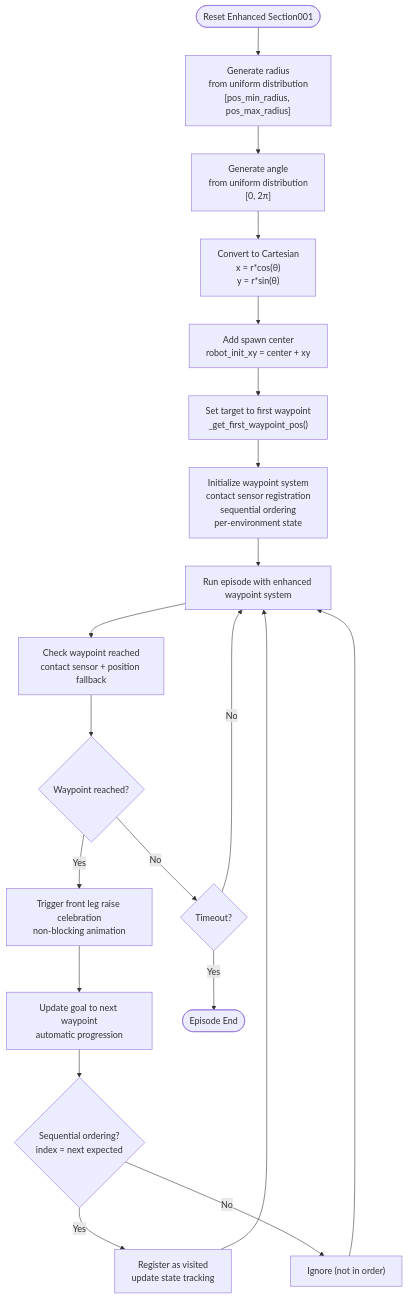
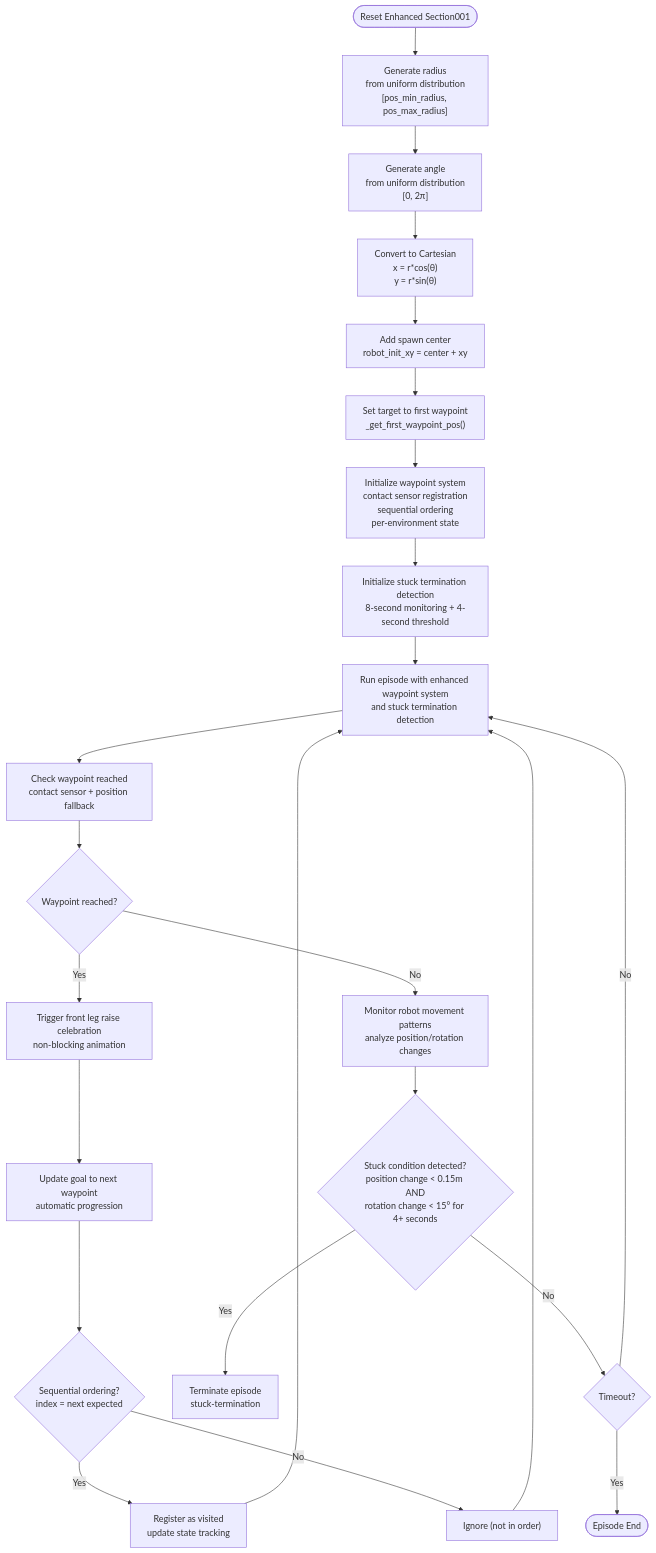
The third of 12 diagrams in .qoder/repowiki/en/content/Navigation Environments/VBot Navigation/Track Sections.md (jayjayhust/MotrixLab), drawn with Mermaid before and after one commit. The commit also changed other lines of this file and 8 other files, not shown here.

````diff
--- a/.qoder/repowiki/en/content/Navigation Environments/VBot Navigation/Track Sections.md
+++ b/.qoder/repowiki/en/content/Navigation Environments/VBot Navigation/Track Sections.md
@@ -287,22 +300,26 @@
 ```mermaid
 flowchart TD
 Start(["Reset Enhanced Section001"]) --> GenerateRadius["Generate radius<br/>from uniform distribution<br/>[pos_min_radius, pos_max_radius]"]
 GenerateRadius --> GenerateAngle["Generate angle<br/>from uniform distribution<br/>[0, 2π]"]
 GenerateAngle --> ConvertToXY["Convert to Cartesian<br/>x = r*cos(θ)<br/>y = r*sin(θ)"]
 ConvertToXY --> AddCenter["Add spawn center<br/>robot_init_xy = center + xy"]
 AddCenter --> SetGoal["Set target to first waypoint<br/>_get_first_waypoint_pos()"]
 SetGoal --> InitWaypointSystem["Initialize waypoint system<br/>contact sensor registration<br/>sequential ordering<br/>per-environment state"]
-InitWaypointSystem --> Run["Run episode with enhanced waypoint system"]
+InitWaypointSystem --> InitStuckDetection["Initialize stuck termination detection<br/>8-second monitoring + 4-second threshold"]
+InitStuckDetection --> Run["Run episode with enhanced waypoint system<br/>and stuck termination detection"]
 Run --> CheckWaypoint["Check waypoint reached<br/>contact sensor + position fallback"]
 CheckWaypoint --> Reached{"Waypoint reached?"}
 Reached --> |Yes| TriggerCelebration["Trigger front leg raise celebration<br/>non-blocking animation"]
 TriggerCelebration --> UpdateGoal["Update goal to next waypoint<br/>automatic progression"]
 UpdateGoal --> CheckOrdering{"Sequential ordering?<br/>index = next expected"}
 CheckOrdering --> |Yes| RegisterVisited["Register as visited<br/>update state tracking"]
 CheckOrdering --> |No| Ignore["Ignore (not in order)"]
 RegisterVisited --> Run
 Ignore --> Run
-Reached --> |No| Timeout{"Timeout?"}
+Reached --> |No| CheckStuck["Monitor robot movement patterns<br/>analyze position/rotation changes"]
+CheckStuck --> StuckDetected{"Stuck condition detected?<br/>position change < 0.15m AND<br/>rotation change < 15° for 4+ seconds"}
+StuckDetected --> |Yes| Terminate["Terminate episode<br/>stuck-termination"]
+StuckDetected --> |No| Timeout{"Timeout?"}
 Timeout --> |Yes| End(["Episode End"])
 Timeout --> |No| Run
 ```
````
